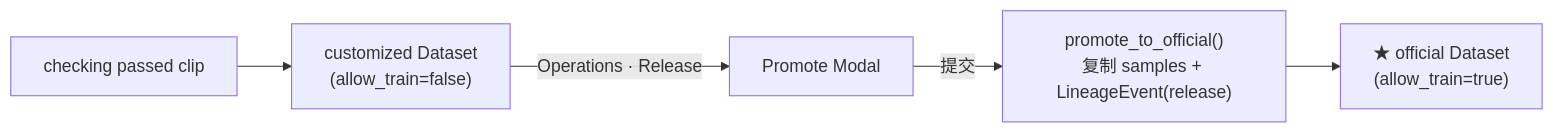
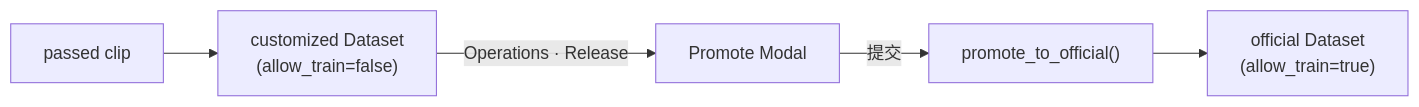
Before and after one commit to gray-cgm/ai-native-data-engine: the third of 4 diagrams in docs/architecture/business-flows.md, drawn with Mermaid. The commit also changed other lines of this file and 69 other files, not shown here.

````diff
--- a/docs/architecture/business-flows.md
+++ b/docs/architecture/business-flows.md
@@ -95,7 +131,7 @@
 ```mermaid
 flowchart LR
-    PASSED[checking passed clip] --> CDS["customized Dataset<br/>(allow_train=false)"]
+    PASSED[passed clip] --> CDS["customized Dataset<br/>(allow_train=false)"]
     CDS -->|Operations · Release| MOD[Promote Modal]
-    MOD -->|提交| PROMOTE["promote_to_official()<br/>复制 samples + LineageEvent(release)"]
-    PROMOTE --> ODS["★ official Dataset<br/>(allow_train=true)"]
+    MOD -->|提交| PROMOTE["promote_to_official()"]
+    PROMOTE --> ODS["official Dataset<br/>(allow_train=true)"]
 ```
````
